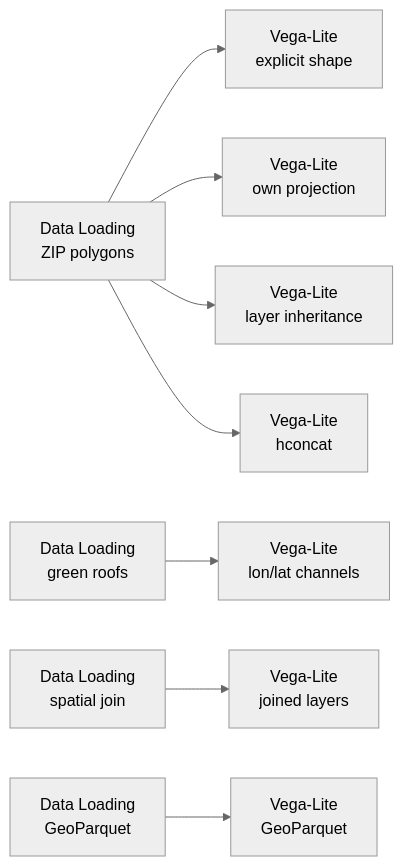
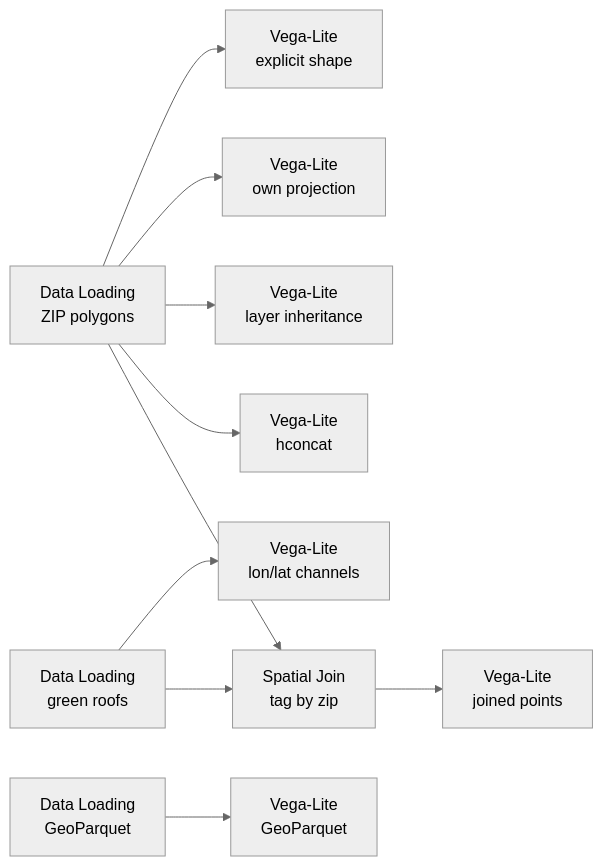
Before and after one commit to urban-toolkit/curio: the diagram in docs/examples/15-vega-lite-spec-forms-and-catalogs.md, drawn with Mermaid (neutral theme). The commit also changed other lines of this file and 5 other files, not shown here.

Commit message:
join with the Spatial Join node in example 15

````diff
--- a/docs/examples/15-vega-lite-spec-forms-and-catalogs.md
+++ b/docs/examples/15-vega-lite-spec-forms-and-catalogs.md
@@ -14,10 +14,12 @@
 ```mermaid
 flowchart LR
   L1[Data Loading<br/>ZIP polygons] --> V16[Vega-Lite<br/>explicit shape]
   L1 --> V17[Vega-Lite<br/>own projection]
   L1 --> V18[Vega-Lite<br/>layer inheritance]
   L1 --> V19[Vega-Lite<br/>hconcat]
   L2[Data Loading<br/>green roofs] --> V20[Vega-Lite<br/>lon/lat channels]
-  L4[Data Loading<br/>spatial join] --> V23[Vega-Lite<br/>joined layers]
+  L2 --> SJ[Spatial Join<br/>tag by zip]
+  L1 --> SJ
+  SJ --> V23[Vega-Lite<br/>joined points]
   L3[Data Loading<br/>GeoParquet] --> V24[Vega-Lite<br/>GeoParquet]
 ```
````
